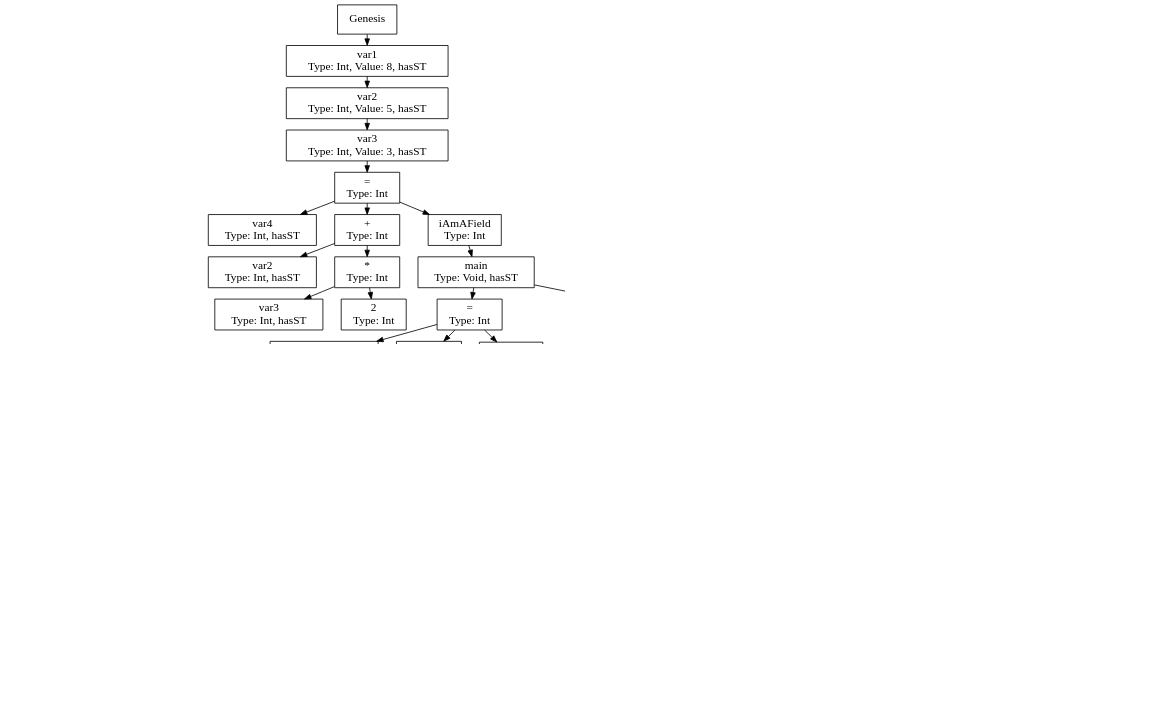
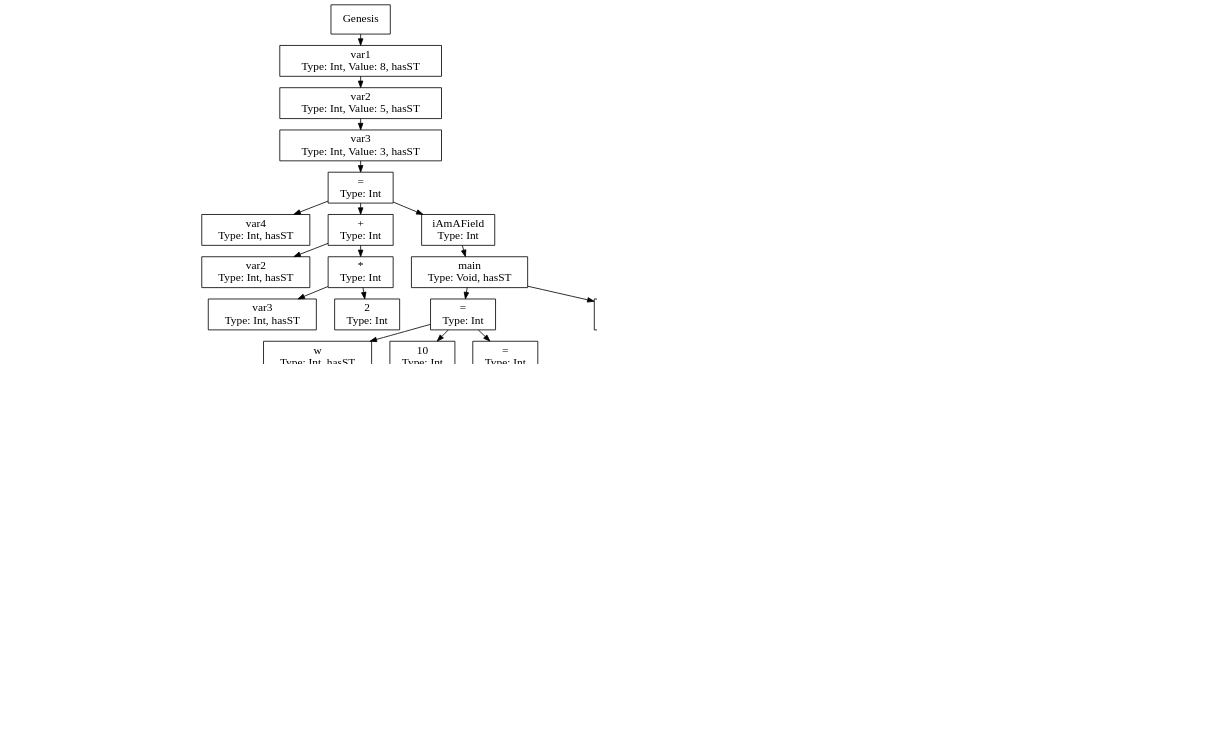
Before and after one commit to VieVaWaldi/javaSSTCompiler: the diagram in ast.dot, drawn with Graphviz. The commit also changed 4 other files, not shown here.

```diff
--- a/ast.dot
+++ b/ast.dot
@@ -1,131 +1,171 @@
 digraph D {
 graph [ dpi = 150 ]
 nodesep=0.3;
 ranksep=0.2;
 margin=0.1;
 node [shape=box];
 edge [arrowsize=0.8];
 
 Genesis [label="Genesis"];
 Genesis -> var1;
 var1 [label="var1\nType: Int, Value: 8, hasST"];
 var1 -> var2;
 var2 [label="var2\nType: Int, Value: 5, hasST"];
 var2 -> var3;
 var3 [label="var3\nType: Int, Value: 3, hasST"];
 var3 -> ASSIGN_3;
 ASSIGN_3 [label="=\nType: Int"];
 ASSIGN_3 -> var4;
 var4 [label="var4\nType: Int, hasST"];
 ASSIGN_3 -> PLUS_0;
 PLUS_0 [label="+\nType: Int"];
 PLUS_0 -> var2_0;
 var2_0 [label="var2\nType: Int, hasST"];
 PLUS_0 -> TIMES0;
 TIMES0 [label="*\nType: Int"];
 TIMES0 -> var3_1;
 var3_1 [label="var3\nType: Int, hasST"];
 TIMES0 -> N2_3;
 N2_3 [label="2\nType: Int"];
 ASSIGN_3 -> iAmAField;
 iAmAField [label="iAmAField\nType: Int"];
 iAmAField -> main_0;
 main_0 [label="main\nType: Void, hasST"];
 main_0 -> ASSIGN_4;
 ASSIGN_4 [label="=\nType: Int"];
-ASSIGN_4 -> s_2;
-s_2 [label="s\nType: Int, hasST"];
+ASSIGN_4 -> w_2;
+w_2 [label="w\nType: Int, hasST"];
 ASSIGN_4 -> N10_4;
 N10_4 [label="10\nType: Int"];
-ASSIGN_4 -> IF_ELSE_1;
-IF_ELSE_1 [label="IF_ELSE"];
-IF_ELSE_1 -> IF_0;
+ASSIGN_4 -> ASSIGN_5;
+ASSIGN_5 [label="=\nType: Int"];
+ASSIGN_5 -> q_3;
+q_3 [label="q\nType: Int, hasST"];
+ASSIGN_5 -> N0_5;
+N0_5 [label="0\nType: Int"];
+ASSIGN_5 -> WHILE_0;
+WHILE_0 [label="WHILE"];
+WHILE_0 -> GTHAN0;
+GTHAN0 [label=">\nType: Bool"];
+GTHAN0 -> w_4;
+w_4 [label="w\nType: Int, hasST"];
+GTHAN0 -> N0_6;
+N0_6 [label="0\nType: Int"];
+WHILE_0 -> WHILE_1;
+WHILE_1 [label="WHILE"];
+WHILE_1 -> LTHAN1;
+LTHAN1 [label="<\nType: Bool"];
+LTHAN1 -> q_5;
+q_5 [label="q\nType: Int, hasST"];
+LTHAN1 -> N10_7;
+N10_7 [label="10\nType: Int"];
+WHILE_1 -> IF_ELSE_0;
+IF_ELSE_0 [label="IF_ELSE"];
+IF_ELSE_0 -> IF_0;
 IF_0 [label="IF"];
-IF_0 -> LTHAN0;
-LTHAN0 [label="<\nType: Bool"];
-LTHAN0 -> s_3;
-s_3 [label="s\nType: Int, hasST"];
-LTHAN0 -> N11_5;
-N11_5 [label="11\nType: Int"];
-IF_0 -> IF_ELSE_0;
-IF_ELSE_0 [label="IF_ELSE"];
-IF_ELSE_0 -> IF_1;
-IF_1 [label="IF"];
-IF_1 -> GTHAN1;
-GTHAN1 [label=">\nType: Bool"];
-GTHAN1 -> s_4;
-s_4 [label="s\nType: Int, hasST"];
-GTHAN1 -> N9_6;
-N9_6 [label="9\nType: Int"];
-IF_1 -> ASSIGN_5;
-ASSIGN_5 [label="=\nType: Int"];
-ASSIGN_5 -> s_5;
-s_5 [label="s\nType: Int, hasST"];
-ASSIGN_5 -> meth_C_0;
-meth_C_0 [label="meth, hasST"];
-meth_C_0 -> N1_7;
-N1_7 [label="1\nType: Int"];
-IF_ELSE_0 -> ASSIGN_6;
+IF_0 -> EQUALS2;
+EQUALS2 [label="==\nType: Bool"];
+EQUALS2 -> q_6;
+q_6 [label="q\nType: Int, hasST"];
+EQUALS2 -> N5_8;
+N5_8 [label="5\nType: Int"];
+IF_0 -> println_C_0;
+println_C_0 [label="println, hasST"];
+println_C_0 -> q_7;
+q_7 [label="q\nType: Int, hasST"];
+println_C_0 -> ASSIGN_6;
 ASSIGN_6 [label="=\nType: Int"];
-ASSIGN_6 -> s_6;
-s_6 [label="s\nType: Int, hasST"];
-ASSIGN_6 -> N2_8;
-N2_8 [label="2\nType: Int"];
-IF_ELSE_1 -> ASSIGN_7;
+ASSIGN_6 -> q_8;
+q_8 [label="q\nType: Int, hasST"];
+ASSIGN_6 -> PLUS_1;
+PLUS_1 [label="+\nType: Int"];
+PLUS_1 -> q_9;
+q_9 [label="q\nType: Int, hasST"];
+PLUS_1 -> N1_9;
+N1_9 [label="1\nType: Int"];
+ASSIGN_6 -> ASSIGN_7;
 ASSIGN_7 [label="=\nType: Int"];
-ASSIGN_7 -> s_7;
-s_7 [label="s\nType: Int, hasST"];
-ASSIGN_7 -> N4_9;
-N4_9 [label="4\nType: Int"];
-IF_ELSE_1 -> println_C_1;
-println_C_1 [label="println, hasST"];
-println_C_1 -> s_8;
-s_8 [label="s\nType: Int, hasST"];
-println_C_1 -> RETURN_0;
-RETURN_0 [label="RETURN"];
+ASSIGN_7 -> m_10;
+m_10 [label="m\nType: Int, hasST"];
+ASSIGN_7 -> meth_C_1;
+meth_C_1 [label="meth, hasST"];
+meth_C_1 -> N90_10;
+N90_10 [label="90\nType: Int"];
+IF_ELSE_0 -> ASSIGN_8;
+ASSIGN_8 [label="=\nType: Int"];
+ASSIGN_8 -> q_11;
+q_11 [label="q\nType: Int, hasST"];
+ASSIGN_8 -> PLUS_2;
+PLUS_2 [label="+\nType: Int"];
+PLUS_2 -> q_12;
+q_12 [label="q\nType: Int, hasST"];
+PLUS_2 -> N1_11;
+N1_11 [label="1\nType: Int"];
+WHILE_1 -> ASSIGN_9;
+ASSIGN_9 [label="=\nType: Int"];
+ASSIGN_9 -> w_13;
+w_13 [label="w\nType: Int, hasST"];
+ASSIGN_9 -> MINUS_3;
+MINUS_3 [label="-\nType: Int"];
+MINUS_3 -> w_14;
+w_14 [label="w\nType: Int, hasST"];
+MINUS_3 -> N1_12;
+N1_12 [label="1\nType: Int"];
+WHILE_0 -> println_C_2;
+println_C_2 [label="println, hasST"];
+println_C_2 -> w_15;
+w_15 [label="w\nType: Int, hasST"];
+println_C_2 -> println_C_3;
+println_C_3 [label="println, hasST"];
+println_C_3 -> q_16;
+q_16 [label="q\nType: Int, hasST"];
+println_C_3 -> println_C_4;
+println_C_4 [label="println, hasST"];
+println_C_4 -> m_17;
+m_17 [label="m\nType: Int, hasST"];
 main_0 -> meth_1;
 meth_1 [label="meth\nType: Int, hasST"];
-meth_1 -> ASSIGN_8;
-ASSIGN_8 [label="=\nType: Int"];
-ASSIGN_8 -> iAmAField_9;
-iAmAField_9 [label="iAmAField\nType: Int, hasST"];
-ASSIGN_8 -> N5_10;
-N5_10 [label="5\nType: Int"];
-ASSIGN_8 -> ASSIGN_9;
-ASSIGN_9 [label="=\nType: Int"];
-ASSIGN_9 -> c_10;
-c_10 [label="c\nType: Int, hasST"];
-ASSIGN_9 -> N2_11;
-N2_11 [label="2\nType: Int"];
-ASSIGN_9 -> ASSIGN_10;
+meth_1 -> ASSIGN_10;
 ASSIGN_10 [label="=\nType: Int"];
-ASSIGN_10 -> p_11;
-p_11 [label="p\nType: Int, hasST"];
-ASSIGN_10 -> PLUS_1;
-PLUS_1 [label="+\nType: Int"];
-PLUS_1 -> p_12;
-p_12 [label="p\nType: Int, hasST"];
-PLUS_1 -> N2_12;
-N2_12 [label="2\nType: Int"];
-ASSIGN_10 -> RETURN_1;
-RETURN_1 [label="RETURN"];
-RETURN_1 -> MINUS_5;
-MINUS_5 [label="-\nType: Int"];
-MINUS_5 -> PLUS_4;
+ASSIGN_10 -> iAmAField_18;
+iAmAField_18 [label="iAmAField\nType: Int, hasST"];
+ASSIGN_10 -> N5_13;
+N5_13 [label="5\nType: Int"];
+ASSIGN_10 -> ASSIGN_11;
+ASSIGN_11 [label="=\nType: Int"];
+ASSIGN_11 -> c_19;
+c_19 [label="c\nType: Int, hasST"];
+ASSIGN_11 -> N2_14;
+N2_14 [label="2\nType: Int"];
+ASSIGN_11 -> ASSIGN_12;
+ASSIGN_12 [label="=\nType: Int"];
+ASSIGN_12 -> p_20;
+p_20 [label="p\nType: Int, hasST"];
+ASSIGN_12 -> PLUS_4;
 PLUS_4 [label="+\nType: Int"];
-PLUS_4 -> PLUS_3;
-PLUS_3 [label="+\nType: Int"];
-PLUS_3 -> PLUS_2;
-PLUS_2 [label="+\nType: Int"];
-PLUS_2 -> p_13;
-p_13 [label="p\nType: Int, hasST"];
-PLUS_2 -> N1_13;
-N1_13 [label="1\nType: Int"];
-PLUS_3 -> c_14;
-c_14 [label="c\nType: Int, hasST"];
-PLUS_4 -> var3_15;
-var3_15 [label="var3\nType: Int, hasST"];
-MINUS_5 -> iAmAField_16;
-iAmAField_16 [label="iAmAField\nType: Int, hasST"];
+PLUS_4 -> p_21;
+p_21 [label="p\nType: Int, hasST"];
+PLUS_4 -> N2_15;
+N2_15 [label="2\nType: Int"];
+ASSIGN_12 -> RETURN_0;
+RETURN_0 [label="RETURN"];
+RETURN_0 -> MINUS_8;
+MINUS_8 [label="-\nType: Int"];
+MINUS_8 -> PLUS_7;
+PLUS_7 [label="+\nType: Int"];
+PLUS_7 -> PLUS_6;
+PLUS_6 [label="+\nType: Int"];
+PLUS_6 -> PLUS_5;
+PLUS_5 [label="+\nType: Int"];
+PLUS_5 -> p_22;
+p_22 [label="p\nType: Int, hasST"];
+PLUS_5 -> N1_16;
+N1_16 [label="1\nType: Int"];
+PLUS_6 -> c_23;
+c_23 [label="c\nType: Int, hasST"];
+PLUS_7 -> var3_24;
+var3_24 [label="var3\nType: Int, hasST"];
+MINUS_8 -> iAmAField_25;
+iAmAField_25 [label="iAmAField\nType: Int, hasST"];
 
 }
```
